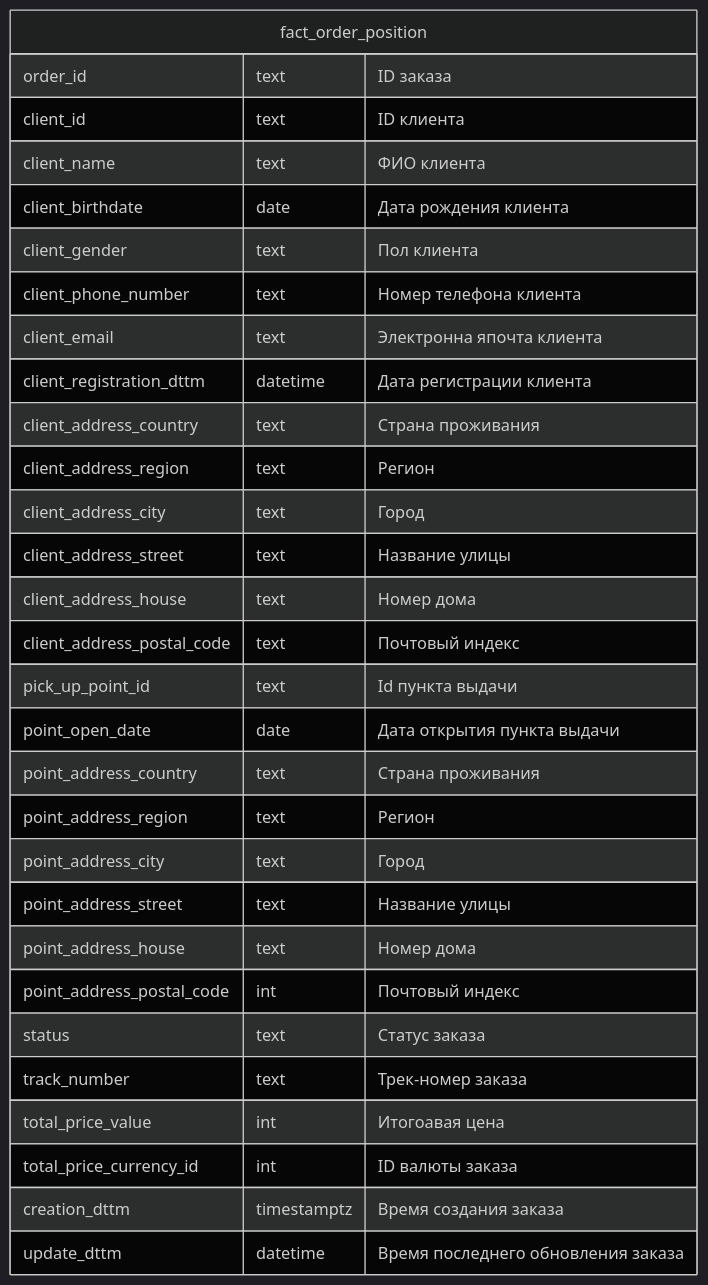
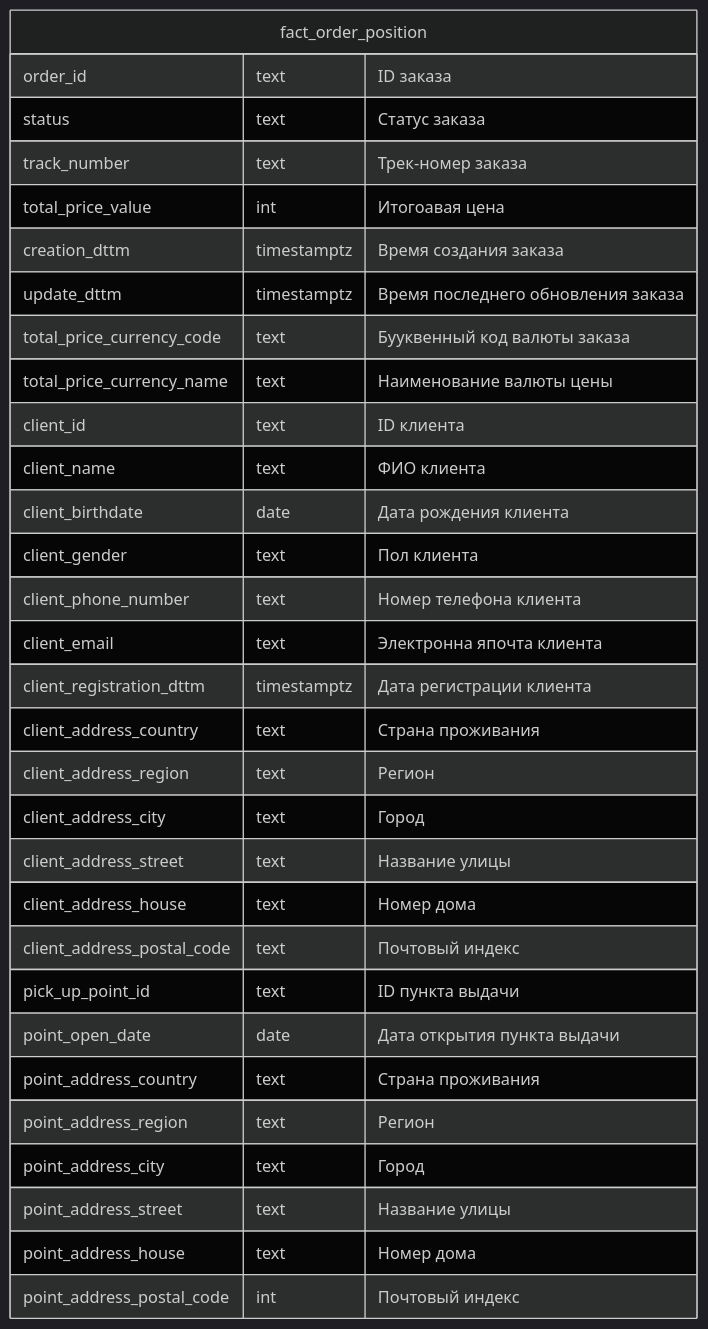
One commit to vgorbikov/dq-practice changed the first of 2 diagrams in docs/db_schema/Прикладные витрины.md. Above: the diagram before and after it, drawn with Mermaid (dark theme). The commit also changed other lines of this file and 2 other files, not shown here.

Commit message:
fix db schema

````diff
--- a/docs/db_schema/Прикладные витрины.md
+++ b/docs/db_schema/Прикладные витрины.md
@@ -15,34 +15,36 @@
 ```mermaid
 erDiagram
 
 fact_order_position {
     order_id text "ID заказа"
+    status text "Статус заказа"
+    track_number text "Трек-номер заказа"
+    total_price_value int "Итогоавая цена"
+    creation_dttm timestamptz "Время создания заказа"
+    update_dttm timestamptz "Время последнего обновления заказа"
+    total_price_currency_code text "Бууквенный код валюты заказа"
+    total_price_currency_name text "Наименование валюты цены"
     client_id text "ID клиента"
     client_name text "ФИО клиента"
     client_birthdate date "Дата рождения клиента"
     client_gender text "Пол клиента"
     client_phone_number text "Номер телефона клиента"
     client_email text "Электронна япочта клиента"
-    client_registration_dttm datetime "Дата регистрации клиента"
+    client_registration_dttm timestamptz "Дата регистрации клиента"
     client_address_country text "Страна проживания"
     client_address_region text "Регион"
     client_address_city text "Город"
     client_address_street text "Название улицы"
     client_address_house text "Номер дома"
     client_address_postal_code text "Почтовый индекс"
-    pick_up_point_id text "Id пункта выдачи"
+    pick_up_point_id text "ID пункта выдачи"
     point_open_date date "Дата открытия пункта выдачи"
     point_address_country text "Страна проживания"
     point_address_region text "Регион"
     point_address_city text "Город" 
     point_address_street text "Название улицы"
     point_address_house text "Номер дома"
     point_address_postal_code int "Почтовый индекс"
-    status text "Статус заказа"
-    track_number text "Трек-номер заказа"
-    total_price_value int "Итогоавая цена"
-    total_price_currency_id int "ID валюты заказа"
-    creation_dttm timestamptz "Время создания заказа"
-    update_dttm datetime "Время последнего обновления заказа"
+    
 }
 ```
````
